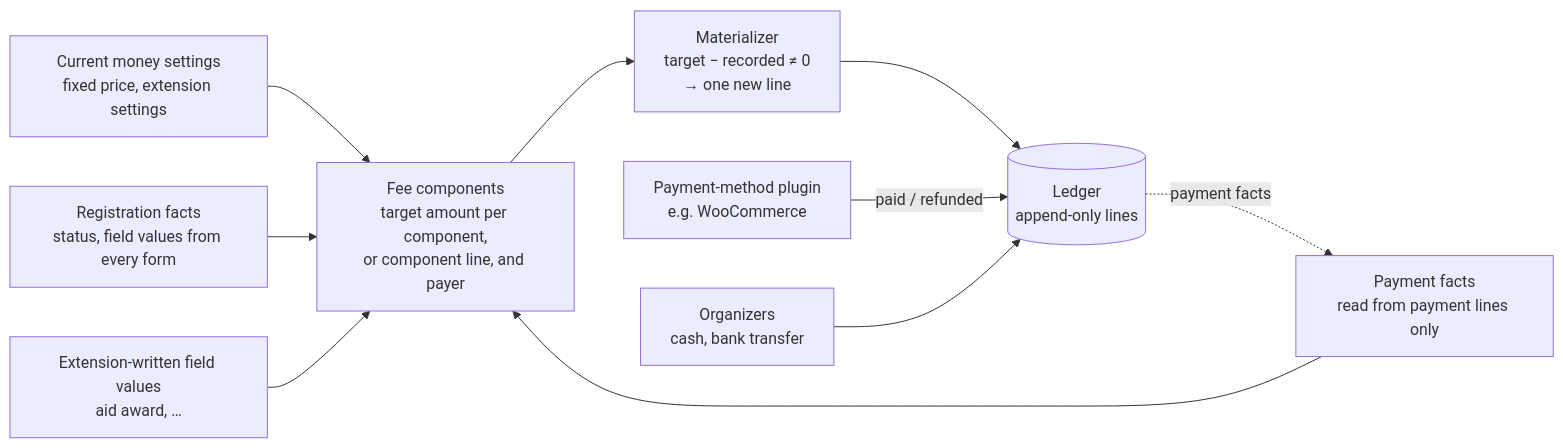
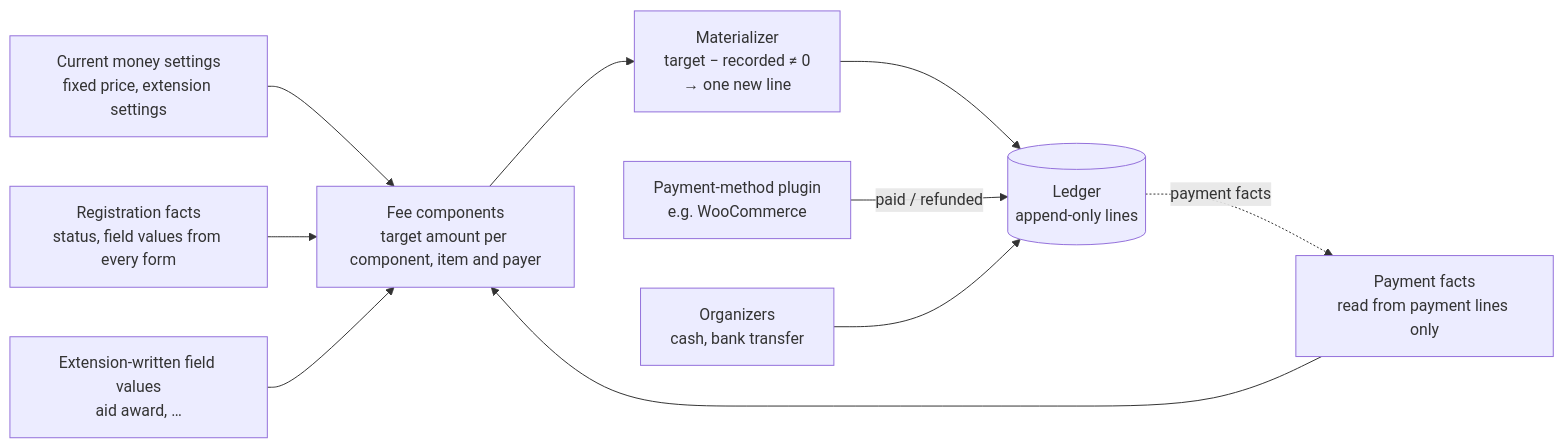
One commit to reformatus/kalaka changed the first of 2 diagrams in docs/architecture/money.md. Above: the diagram before and after it, drawn with Mermaid. The commit also changed other lines of this file, not shown here.

Commit message:
Docs: money.md names the extras items extras:<key> and the converge rule per component, item and payer, as #209 words it (reworded for #209's item mechanism; Master 2026-11-24)

````diff
--- a/docs/architecture/money.md
+++ b/docs/architecture/money.md
@@ -309,12 +309,12 @@
 ```mermaid
 flowchart LR
   S["Current money settings<br/>fixed price, extension settings"] --> R
   F["Registration facts<br/>status, field values from every form"] --> R
   X["Extension-written field values<br/>aid award, …"] --> R
   PF["Payment facts<br/>read from payment lines only"] --> R
-  R["Fee components<br/>target amount per component,<br/>or component line, and payer"] --> MZ["Materializer<br/>target − recorded ≠ 0<br/>→ one new line"]
+  R["Fee components<br/>target amount per component, item and payer"] --> MZ["Materializer<br/>target − recorded ≠ 0<br/>→ one new line"]
   MZ --> L[("Ledger<br/>append-only lines")]
   PM["Payment-method plugin<br/>e.g. WooCommerce"] -->|"paid / refunded"| L
   ST["Organizers<br/>cash, bank transfer"] --> L
   L -. "payment facts" .-> PF
 ```
````
